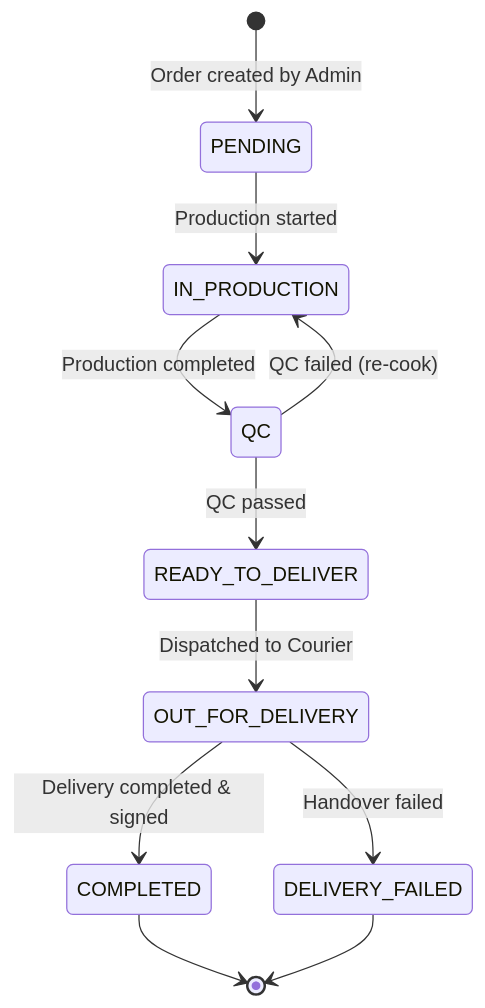
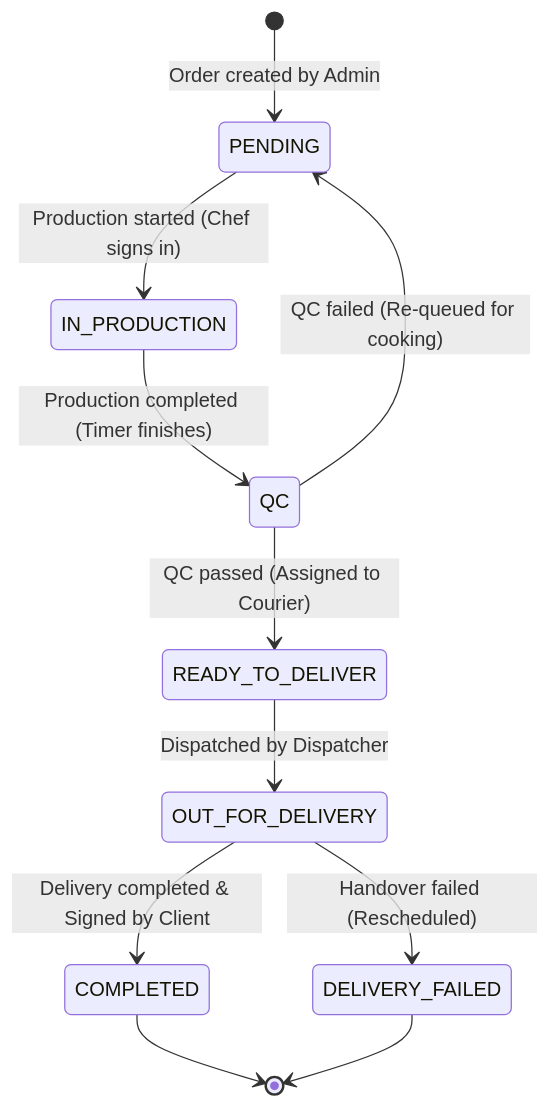
One commit to gariiriana/Al---Umana-Koperasi changed the second of 2 diagrams in README.md. Above: the diagram before and after it, drawn with Mermaid. The commit also changed other lines of this file, not shown here.

Commit message:
docs: overhaul README.md with enterprise hybrid-serverless architecture documentation

````diff
--- a/README.md
+++ b/README.md
@@ -91,13 +84,13 @@
 ```mermaid
 stateDiagram-v2
     [*] --> PENDING: Order created by Admin
-    PENDING --> IN_PRODUCTION: Production started
-    IN_PRODUCTION --> QC: Production completed
-    QC --> READY_TO_DELIVER: QC passed
-    QC --> IN_PRODUCTION: QC failed (re-cook)
-    READY_TO_DELIVER --> OUT_FOR_DELIVERY: Dispatched to Courier
-    OUT_FOR_DELIVERY --> COMPLETED: Delivery completed & signed
-    OUT_FOR_DELIVERY --> DELIVERY_FAILED: Handover failed
+    PENDING --> IN_PRODUCTION: Production started (Chef signs in)
+    IN_PRODUCTION --> QC: Production completed (Timer finishes)
+    QC --> READY_TO_DELIVER: QC passed (Assigned to Courier)
+    QC --> PENDING: QC failed (Re-queued for cooking)
+    READY_TO_DELIVER --> OUT_FOR_DELIVERY: Dispatched by Dispatcher
+    OUT_FOR_DELIVERY --> COMPLETED: Delivery completed & Signed by Client
+    OUT_FOR_DELIVERY --> DELIVERY_FAILED: Handover failed (Rescheduled)
     COMPLETED --> [*]
     DELIVERY_FAILED --> [*]
 ```
````
